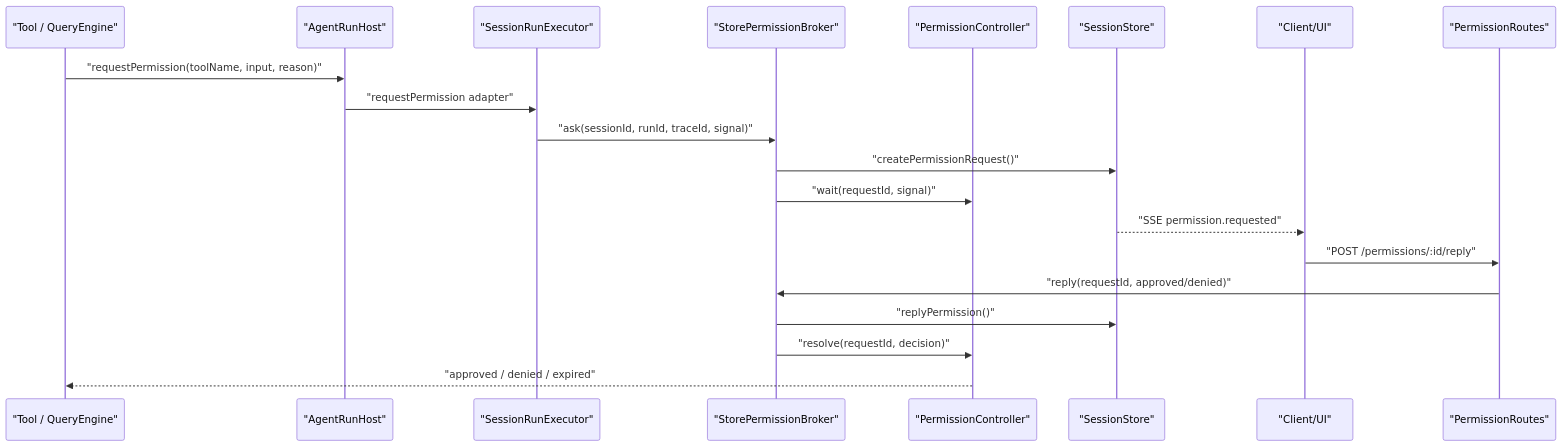
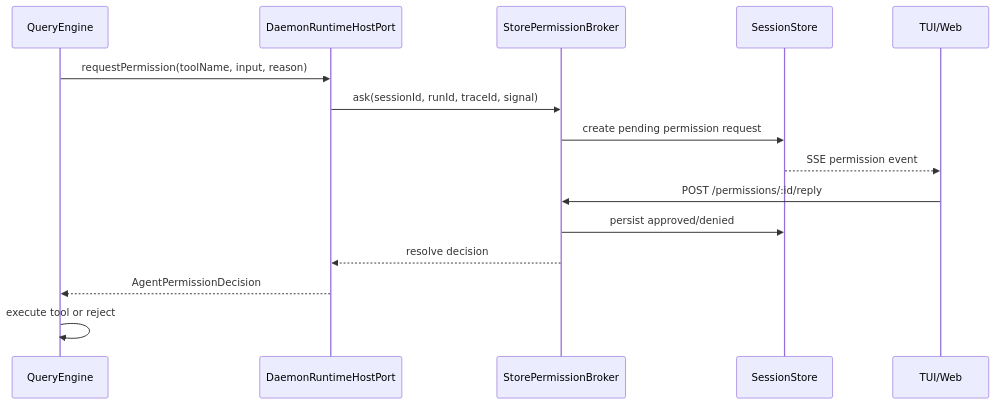
Before and after one commit to rzx007/openharness-ts: the third of 4 diagrams in docs/daemon-application-architecture.md, drawn with Mermaid. The commit also changed other lines of this file and 23 other files, not shown here.

Commit message:
docs: establish authoritative agent daemon architecture

````diff
--- a/docs/daemon-application-architecture.md
+++ b/docs/daemon-application-architecture.md
@@ -300,23 +157,18 @@
 ```mermaid
 sequenceDiagram
-  participant Tool as "Tool / QueryEngine"
-  participant Host as "AgentRunHost"
-  participant Exec as "SessionRunExecutor"
-  participant Broker as "StorePermissionBroker"
-  participant Controller as "PermissionController"
-  participant Store as "SessionStore"
-  participant UI as "Client/UI"
-  participant Route as "PermissionRoutes"
+  participant QE as QueryEngine
+  participant Host as DaemonRuntimeHostPort
+  participant Broker as StorePermissionBroker
+  participant Store as SessionStore
+  participant UI as TUI/Web
 
-  Tool->>Host: "requestPermission(toolName, input, reason)"
-  Host->>Exec: "requestPermission adapter"
-  Exec->>Broker: "ask(sessionId, runId, traceId, signal)"
-  Broker->>Store: "createPermissionRequest()"
-  Broker->>Controller: "wait(requestId, signal)"
-  Store-->>UI: "SSE permission.requested"
-  UI->>Route: "POST /permissions/:id/reply"
-  Route->>Broker: "reply(requestId, approved/denied)"
-  Broker->>Store: "replyPermission()"
-  Broker->>Controller: "resolve(requestId, decision)"
-  Controller-->>Tool: "approved / denied / expired"
+  QE->>Host: requestPermission(toolName, input, reason)
+  Host->>Broker: ask(sessionId, runId, traceId, signal)
+  Broker->>Store: create pending permission request
+  Store-->>UI: SSE permission event
+  UI->>Broker: POST /permissions/:id/reply
+  Broker->>Store: persist approved/denied
+  Broker-->>Host: resolve decision
+  Host-->>QE: AgentPermissionDecision
+  QE->>QE: execute tool or reject
 ```
````
